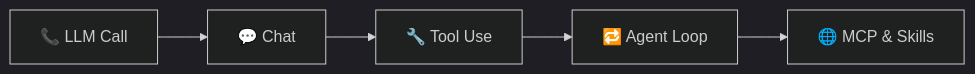
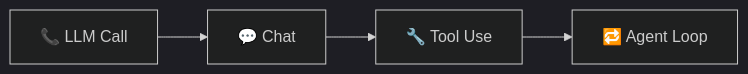
Before and after one commit to agenticloops-ai/agentic-ai-engineering: the first of 8 diagrams in 01-foundations/workshop.md, drawn with Mermaid (dark theme). The commit also changed other lines of this file, not shown here.

First line of the commit message:
docs: restyle deck to match visual companion (warm palette, truths slide, MCP practice)

````diff
--- a/01-foundations/workshop.md
+++ b/01-foundations/workshop.md
@@ -174,7 +269,6 @@
 ```mermaid
 flowchart LR
     A[📞 LLM Call] --> B[💬 Chat]
     B --> C[🔧 Tool Use]
     C --> D[🔁 Agent Loop]
-    D --> E[🌐 MCP & Skills]
 ```
````
